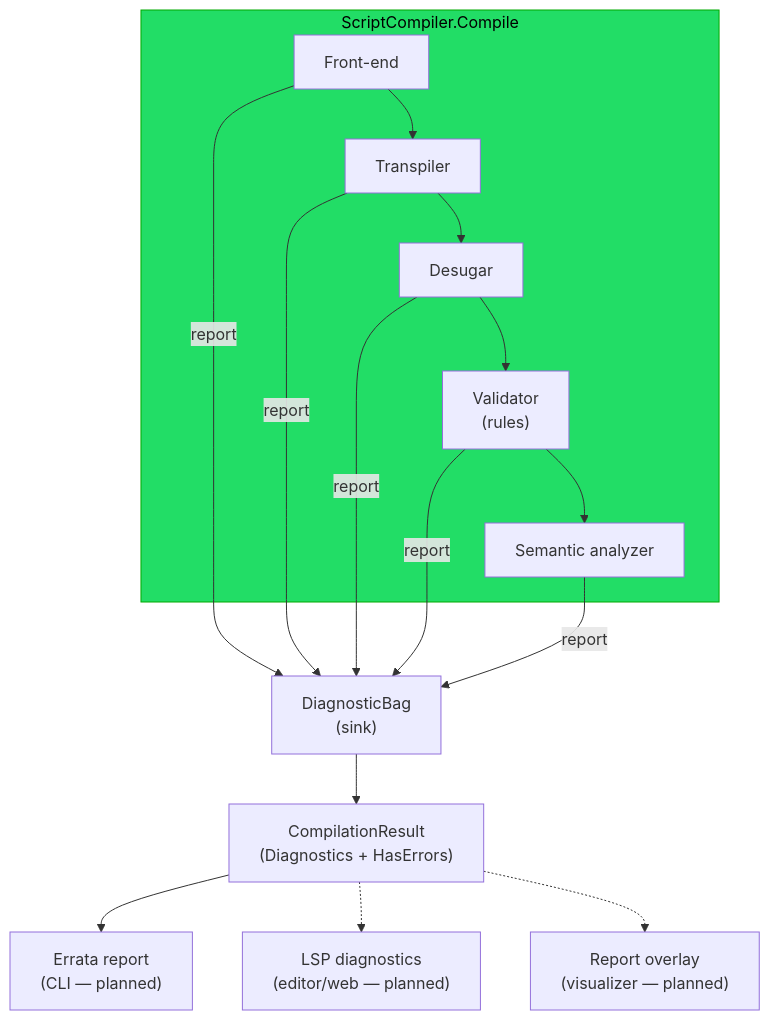
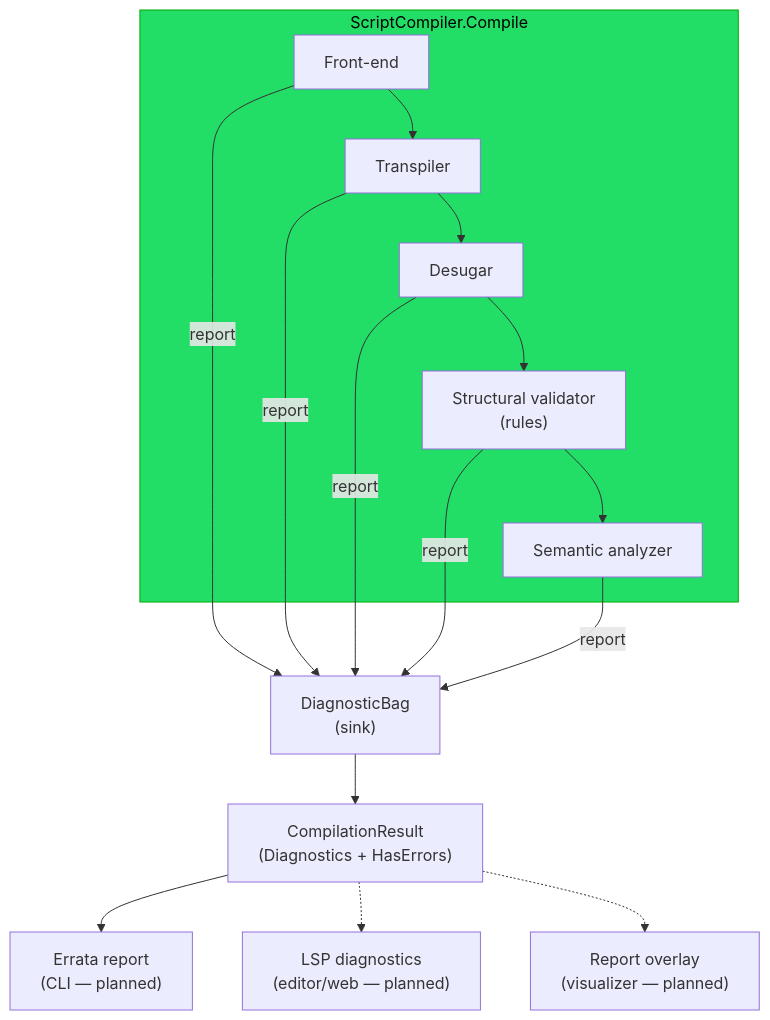
The diagram in docs/contributing/design-notes/Diagnostics and Validation.md (pengzhengyi/godot-dialoguedown), drawn with Mermaid before and after one commit. The commit also changed other lines of this file and 4 other files, not shown here.

First line of the commit message:
feat(validation): add the structural validator pass

````diff
--- a/docs/contributing/design-notes/Diagnostics and Validation.md
+++ b/docs/contributing/design-notes/Diagnostics and Validation.md
@@ -91,16 +91,16 @@
 ```mermaid
 flowchart TB
     subgraph compile["ScriptCompiler.Compile"]
-        FE["Front-end"] --> TR["Transpiler"] --> DE["Desugar"] --> VAL["Validator<br/>(rules)"] --> SA["Semantic analyzer"]
+        FE["Front-end"] --> TR["Transpiler"] --> DE["Desugar"] --> VAL["Structural validator<br/>(rules)"] --> SA["Semantic analyzer"]
     end
     FE -- report --> BAG["DiagnosticBag<br/>(sink)"]
     TR -- report --> BAG
     DE -- report --> BAG
     VAL -- report --> BAG
     SA -- report --> BAG
     BAG --> RES["CompilationResult<br/>(Diagnostics + HasErrors)"]
     RES --> ERR["Errata report<br/>(CLI — planned)"]
     RES -.-> LSP["LSP diagnostics<br/>(editor/web — planned)"]
     RES -.-> WEB["Report overlay<br/>(visualizer — planned)"]
     style compile fill:#2d6,stroke:#0a0,color:#000
 ```
````
